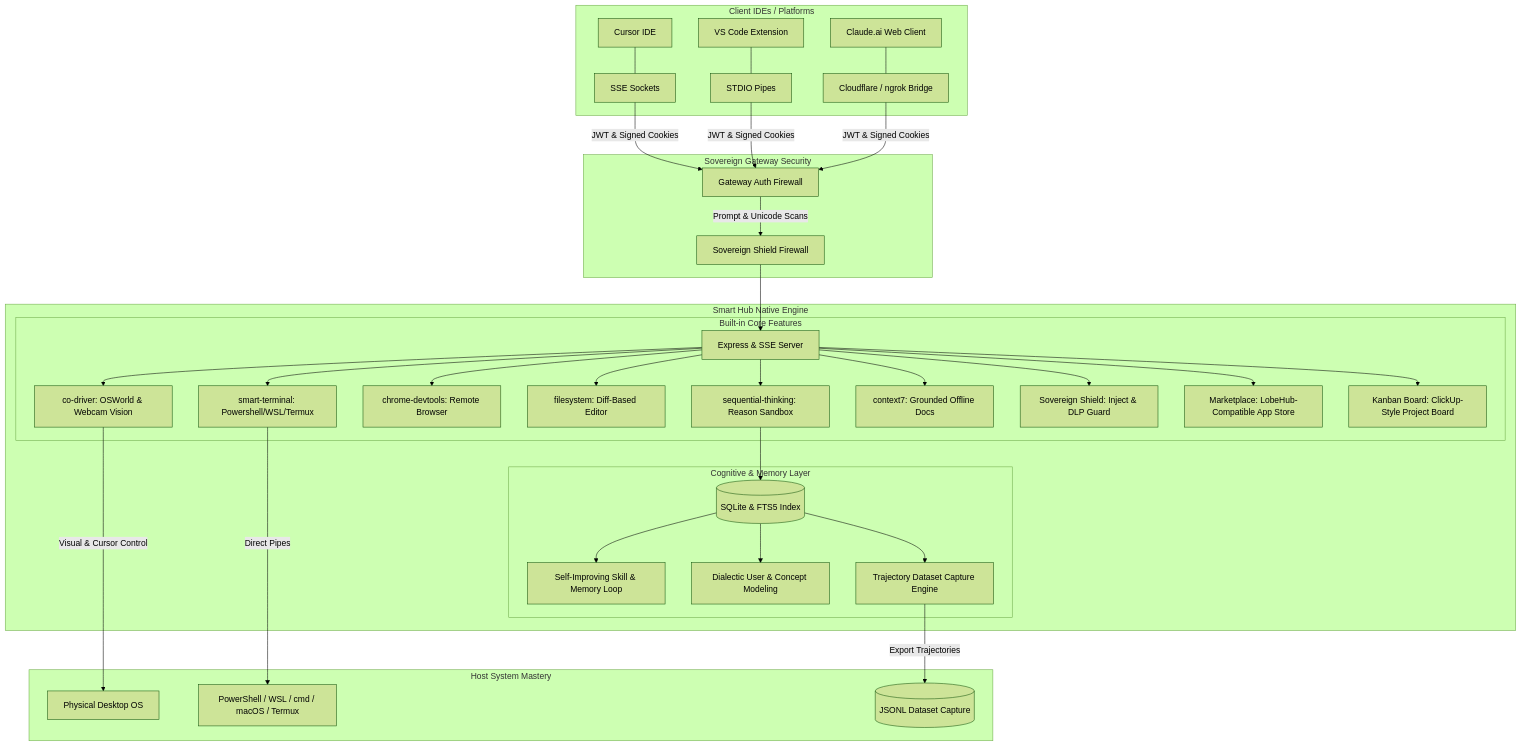
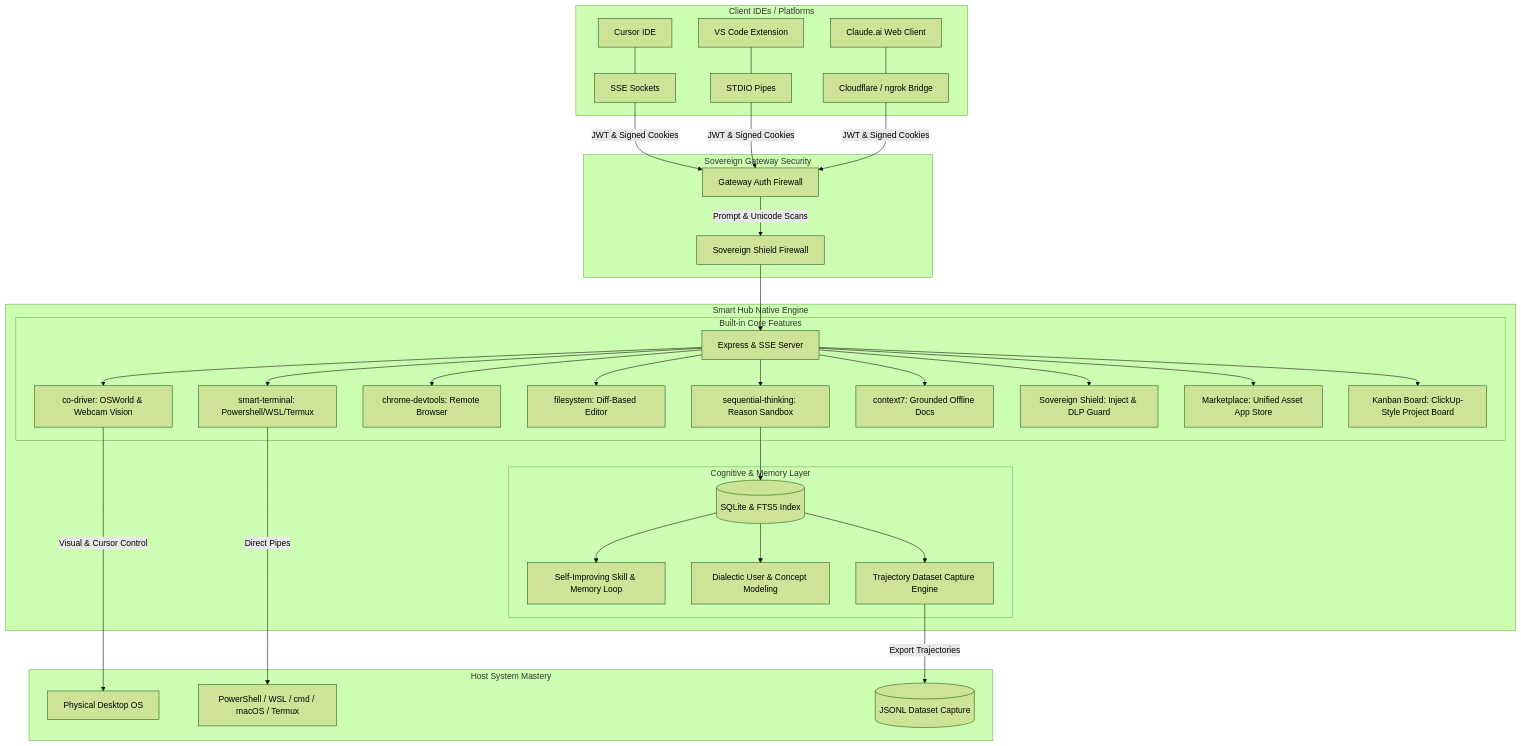
The diagram in README.md (David2024patton/smart-hub), drawn with Mermaid (forest theme) before and after one commit. The commit also changed other lines of this file, not shown here.

Commit message:
Update marketplace section in README

````diff
--- a/README.md
+++ b/README.md
@@ -9,42 +9,42 @@
 ```mermaid
 graph TD
     subgraph Client IDEs / Platforms
         Cursor[Cursor IDE] --- SSE[SSE Sockets]
         VSCode[VS Code Extension] --- STDIO[STDIO Pipes]
         Claude[Claude.ai Web Client] --- Tunnel[Cloudflare / ngrok Bridge]
     end
 
     subgraph Sovereign Gateway Security
         SSE & STDIO & Tunnel -->|JWT & Signed Cookies| Gateway[Gateway Auth Firewall]
         Gateway -->|Prompt & Unicode Scans| Shield[Sovereign Shield Firewall]
     end
 
     subgraph Smart Hub Native Engine
         Shield --> Server[Express & SSE Server]
         
         subgraph Built-in Core Features
             Server --> CoDriver[co-driver: OSWorld & Webcam Vision]
             Server --> Terminal[smart-terminal: Powershell/WSL/Termux]
             Server --> DevTools[chrome-devtools: Remote Browser]
             Server --> FS[filesystem: Diff-Based Editor]
             Server --> Logic[sequential-thinking: Reason Sandbox]
             Server --> Docs[context7: Grounded Offline Docs]
             Server --> ShieldEngine[Sovereign Shield: Inject & DLP Guard]
-            Server --> Market[Marketplace: LobeHub-Compatible App Store]
+            Server --> Market[Marketplace: Unified Asset App Store]
             Server --> Tasks[Kanban Board: ClickUp-Style Project Board]
         end
         
         subgraph Cognitive & Memory Layer
             Logic --> SQLite[(SQLite & FTS5 Index)]
             SQLite --> SkillLoop[Self-Improving Skill & Memory Loop]
             SQLite --> Dialectic[Dialectic User & Concept Modeling]
             SQLite --> Research[Trajectory Dataset Capture Engine]
         end
     end
 
     subgraph Host System Mastery
         CoDriver -->|Visual & Cursor Control| Desktop[Physical Desktop OS]
         Terminal -->|Direct Pipes| Shells[PowerShell / WSL / cmd / macOS / Termux]
         Research -->|Export Trajectories| JSONL[(JSONL Dataset Capture)]
     end
 ```
````
